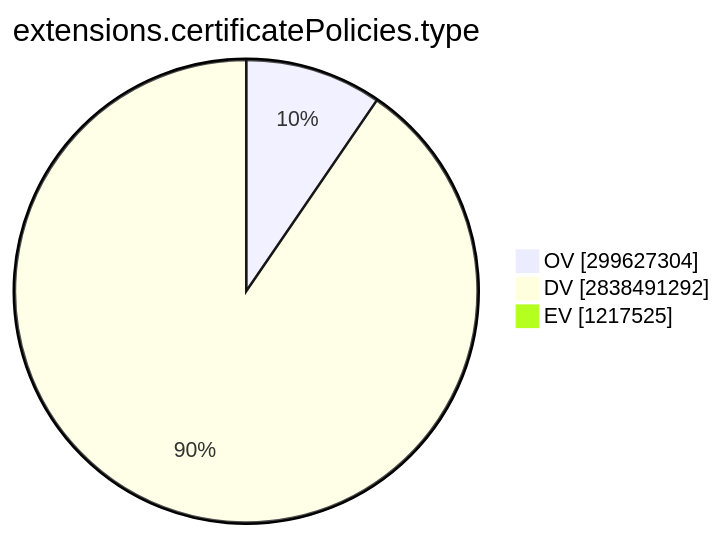
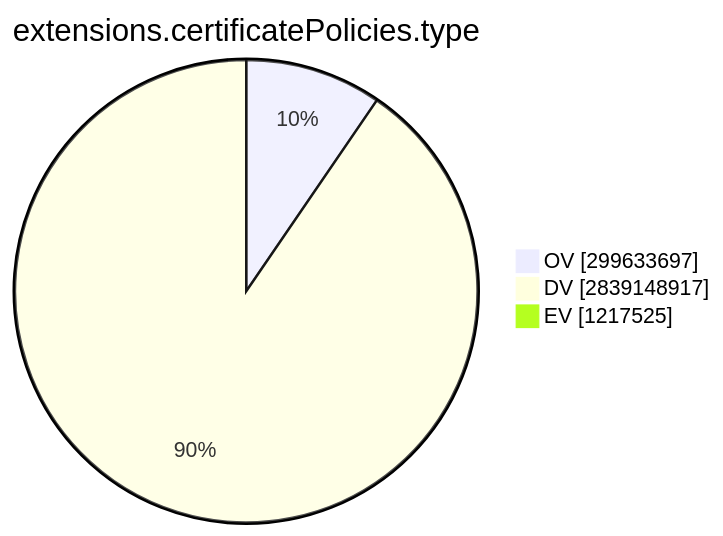
The ninth of 15 diagrams in TOTAL/README.md (christiankrug/ctmonitor_visualization), drawn with Mermaid before and after one commit. The commit also changed other lines of this file, not shown here.

````diff
--- a/TOTAL/README.md
+++ b/TOTAL/README.md
@@ -3101,7 +3101,7 @@
 ```mermaid
 pie showData
 title extensions.certificatePolicies.type
-"OV" :299627304
-"DV" :2838491292
+"OV" :299633697
+"DV" :2839148917
 "EV" :1217525
 ```
````
